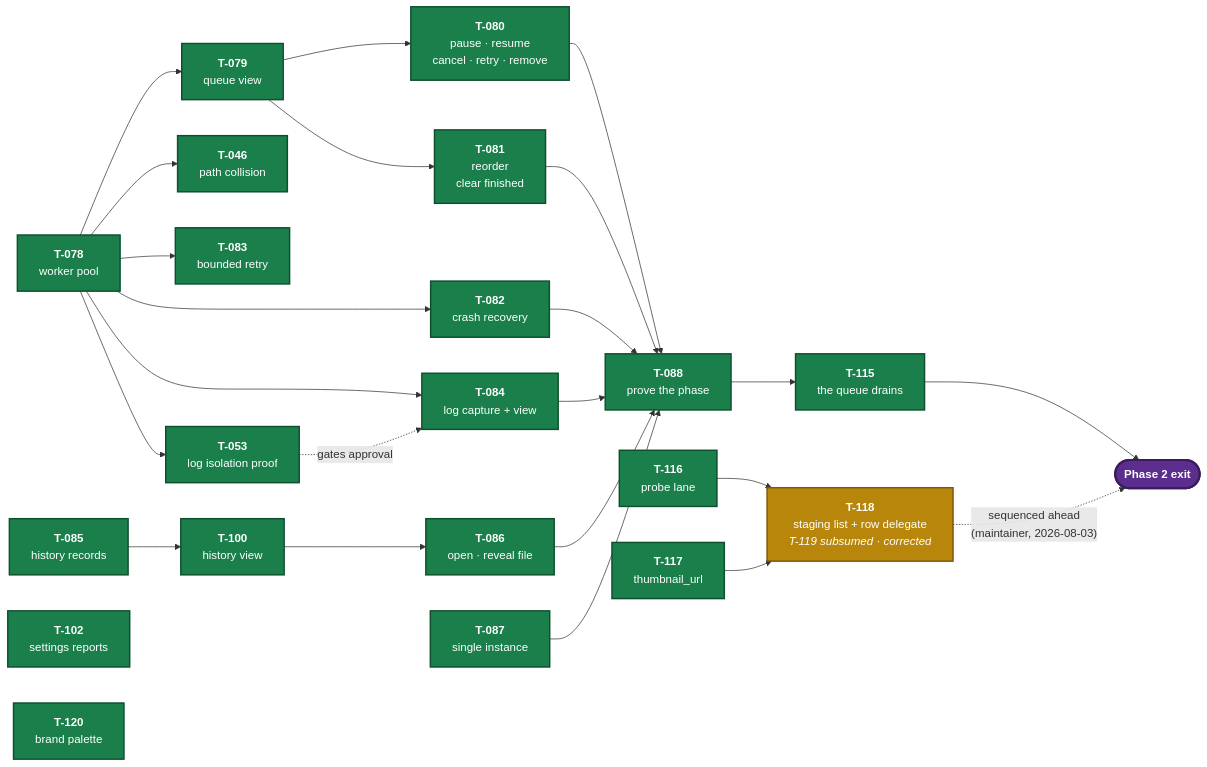
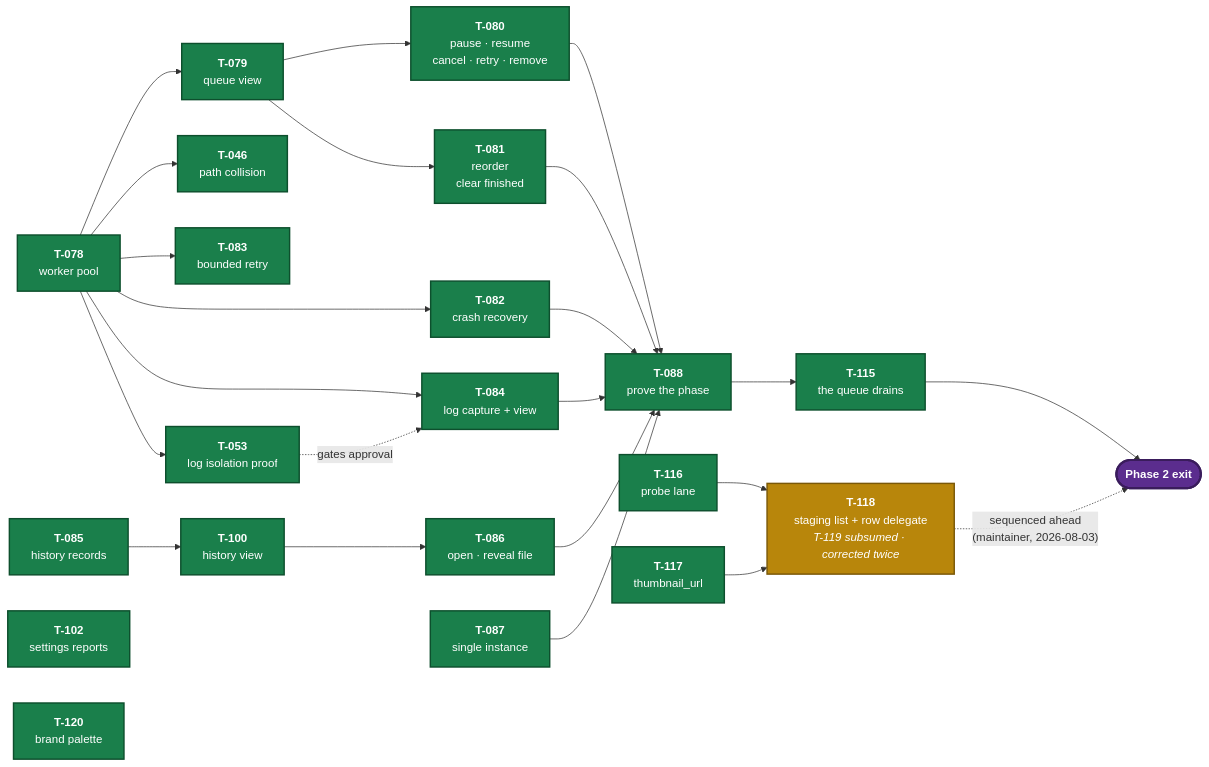
One commit to kottmans/tracks-and-trails changed the diagram in ai/IMPLEMENTATION_PLAN.md. Above: the diagram before and after it, drawn with Mermaid. The commit also changed other lines of this file and 1 other file, not shown here.

First line of the commit message:
Amend the handoff and roadmap with the CI verdict

````diff
--- a/ai/IMPLEMENTATION_PLAN.md
+++ b/ai/IMPLEMENTATION_PLAN.md
@@ -220,57 +233,57 @@
 ```mermaid
 flowchart LR
     classDef approved fill:#1a7f4b,stroke:#0d4f2d,stroke-width:2px,color:#fff
     classDef review   fill:#b8860b,stroke:#7a5808,stroke-width:2px,color:#fff
     classDef ready    fill:#1f5fa8,stroke:#123a68,stroke-width:2px,color:#fff
     classDef proposed fill:#4a4a4a,stroke:#2a2a2a,stroke-width:2px,color:#fff
     classDef exit     fill:#5b2d8e,stroke:#3a1c5c,stroke-width:3px,color:#fff
 
     T078["<b>T-078</b><br/>worker pool"]:::approved
     T079["<b>T-079</b><br/>queue view"]:::approved
     T085["<b>T-085</b><br/>history records"]:::approved
     T080["<b>T-080</b><br/>pause · resume<br/>cancel · retry · remove"]:::approved
     T081["<b>T-081</b><br/>reorder<br/>clear finished"]:::approved
     T046["<b>T-046</b><br/>path collision"]:::approved
     T083["<b>T-083</b><br/>bounded retry"]:::approved
     T053["<b>T-053</b><br/>log isolation proof"]:::approved
     T082["<b>T-082</b><br/>crash recovery"]:::approved
     T084["<b>T-084</b><br/>log capture + view"]:::approved
     T100["<b>T-100</b><br/>history view"]:::approved
     T102["<b>T-102</b><br/>settings reports"]:::approved
     T087["<b>T-087</b><br/>single instance"]:::approved
     T086["<b>T-086</b><br/>open · reveal file"]:::approved
     T088["<b>T-088</b><br/>prove the phase"]:::approved
     T115["<b>T-115</b><br/>the queue drains"]:::approved
 
     T116["<b>T-116</b><br/>probe lane"]:::approved
     T117["<b>T-117</b><br/>thumbnail_url"]:::approved
     T120["<b>T-120</b><br/>brand palette"]:::approved
-    T118["<b>T-118</b><br/>staging list + row delegate<br/><i>T-119 subsumed · corrected</i>"]:::review
+    T118["<b>T-118</b><br/>staging list + row delegate<br/><i>T-119 subsumed · corrected twice</i>"]:::review
 
     EXIT(["<b>Phase 2 exit</b>"]):::exit
 
     T078 --> T079
     T078 --> T046
     T078 --> T083
     T078 --> T082
     T078 --> T084
     T078 --> T053
     T079 --> T080
     T079 --> T081
     T085 --> T100
     T100 --> T086
     T053 -. gates approval .-> T084
 
     T080 --> T088
     T081 --> T088
     T082 --> T088
     T084 --> T088
     T086 --> T088
     T087 --> T088
     T088 --> T115
     T115 --> EXIT
 
     T116 --> T118
     T117 --> T118
     T118 -. "sequenced ahead<br/>(maintainer, 2026-08-03)" .-> EXIT
 ```
````
